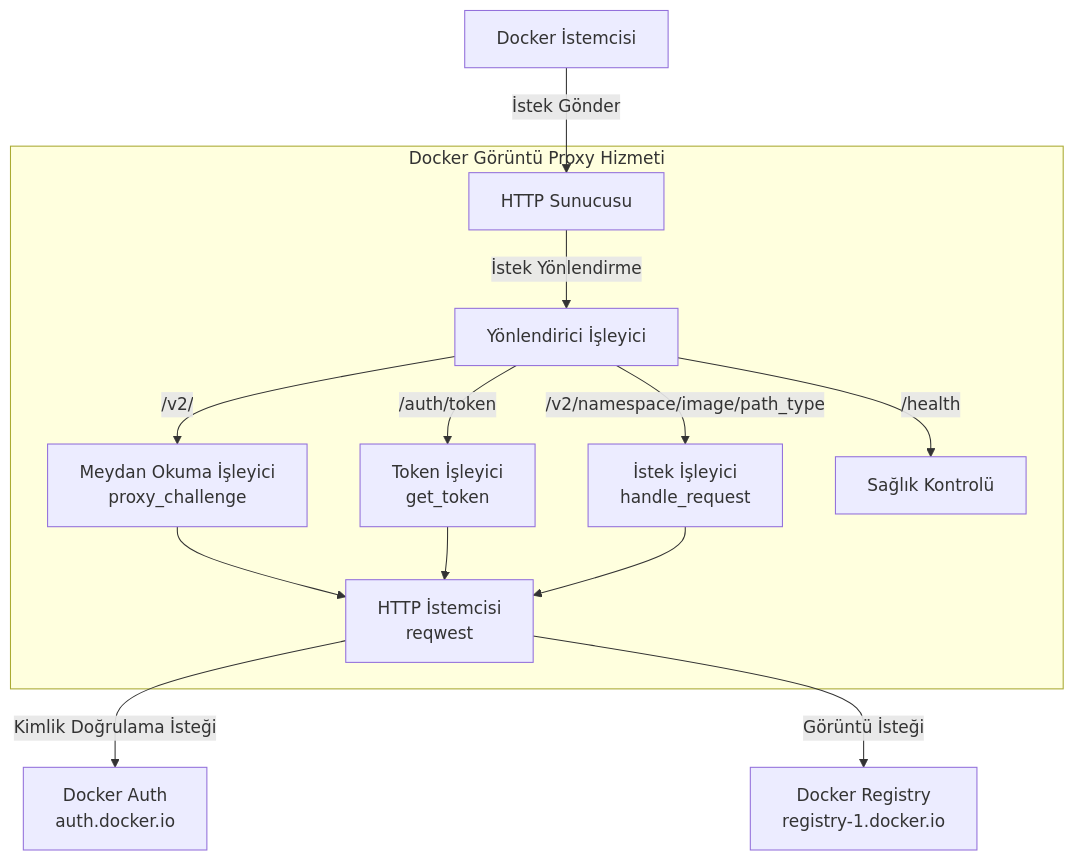
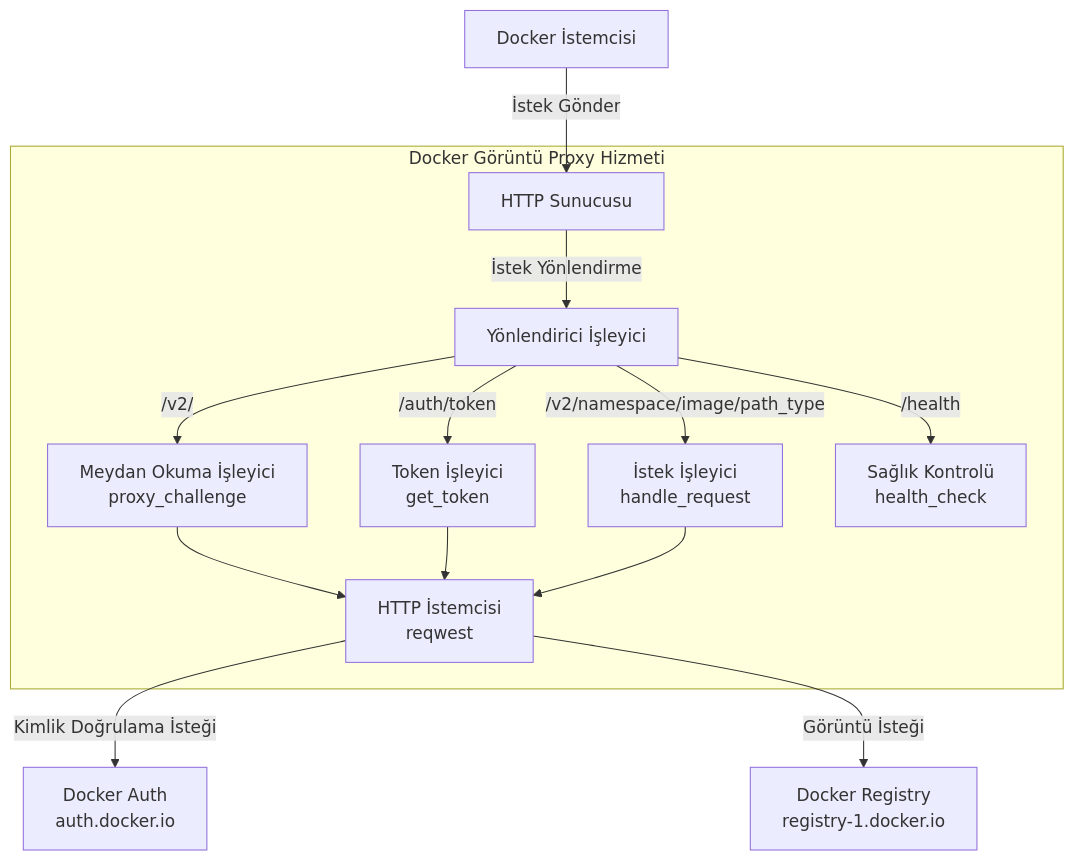
The first of 3 diagrams in README_TR.md (harrisonwang/docxy), drawn with Mermaid before and after one commit. The commit also changed other lines of this file and 7 other files, not shown here.

````diff
--- a/README_TR.md
+++ b/README_TR.md
@@ -64,23 +61,23 @@
 ```mermaid
 graph TD
     Client[Docker İstemcisi] -->|İstek Gönder| HttpServer[HTTP Sunucusu]
     
     subgraph "Docker Görüntü Proxy Hizmeti"
         HttpServer -->|İstek Yönlendirme| RouterHandler[Yönlendirici İşleyici]
         
         RouterHandler -->|/v2/| ChallengeHandler[Meydan Okuma İşleyici<br>proxy_challenge]
         RouterHandler -->|/auth/token| TokenHandler[Token İşleyici<br>get_token]
         RouterHandler -->|/v2/namespace/image/path_type| RequestHandler[İstek İşleyici<br>handle_request]
-        RouterHandler -->|/health| HealthCheck[Sağlık Kontrolü]
+        RouterHandler -->|/health| HealthCheck[Sağlık Kontrolü<br>health_check]
         
         ChallengeHandler --> HttpClient
         TokenHandler --> HttpClient
         RequestHandler --> HttpClient
         
     end
     
     HttpClient[HTTP İstemcisi<br>reqwest]
     
     HttpClient -->|Kimlik Doğrulama İsteği| DockerAuth[Docker Auth<br>auth.docker.io]
     HttpClient -->|Görüntü İsteği| DockerRegistry[Docker Registry<br>registry-1.docker.io]
 ```
````
